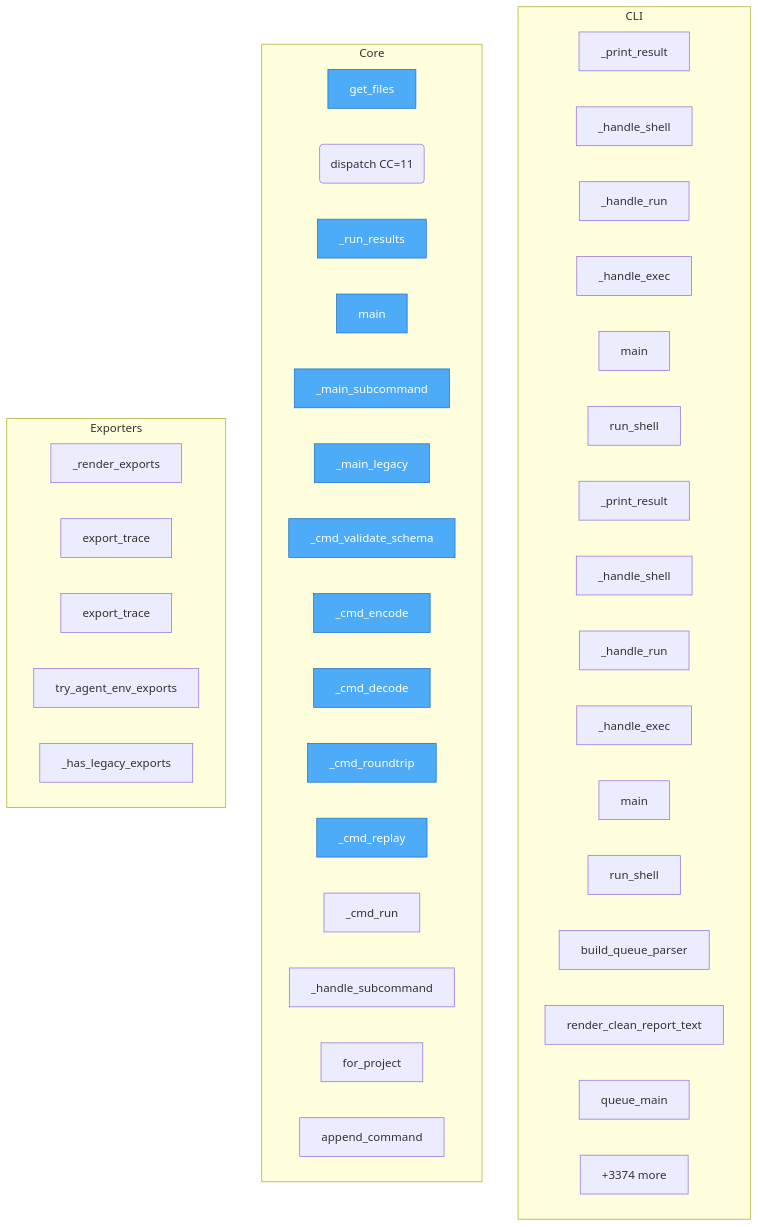
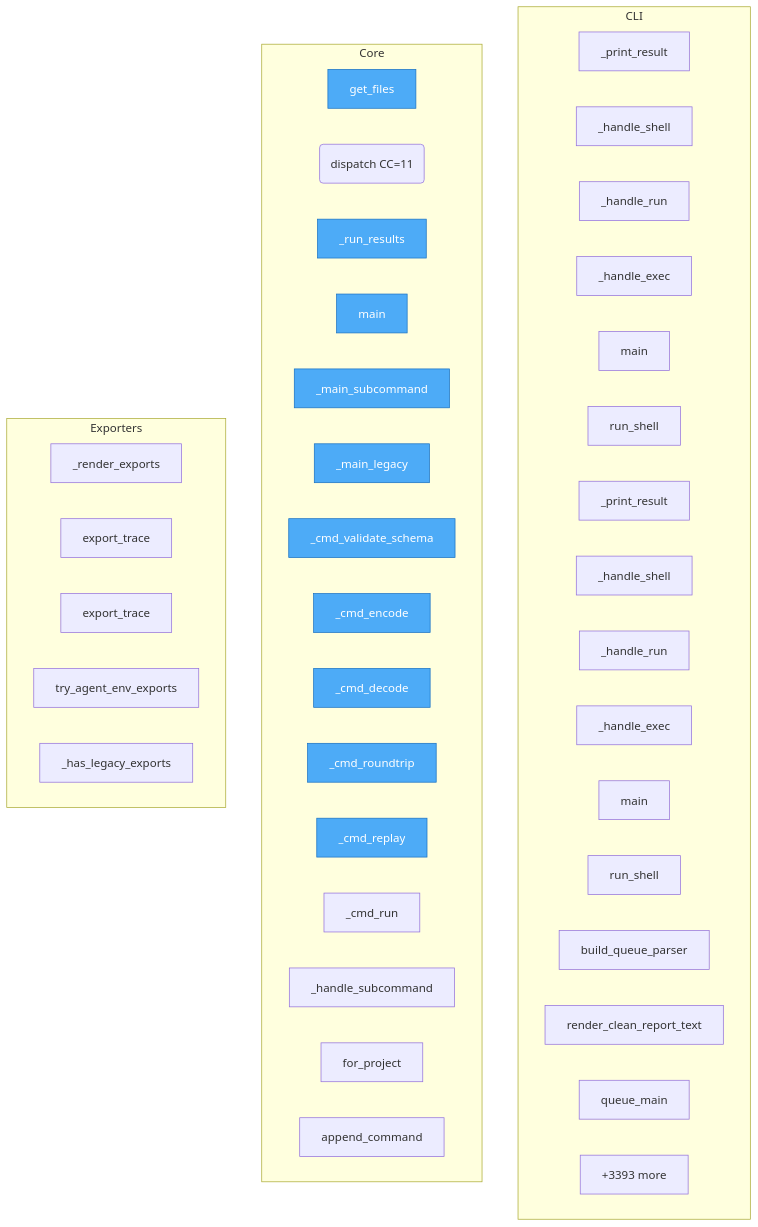
The diagram in project/flow.mmd (semcod/koru), drawn with Mermaid before and after one commit. The commit also changed 46 other files, not shown here.

```diff
--- a/project/flow.mmd
+++ b/project/flow.mmd
@@ -1,53 +1,53 @@
 flowchart TD
-%% generated in 1.52s
+%% generated in 1.85s
 
     %% Entry points (blue)
     classDef entry fill:#4dabf7,stroke:#1971c2,color:#fff
 
     subgraph CLI
         packages__cli2koru__src__cli2koru__cli___print_result["_print_result"]
         packages__cli2koru__src__cli2koru__cli___handle_shell["_handle_shell"]
         packages__cli2koru__src__cli2koru__cli___handle_run["_handle_run"]
         packages__cli2koru__src__cli2koru__cli___handle_exec["_handle_exec"]
         packages__cli2koru__src__cli2koru__cli__main["main"]
         packages__cli2koru__src__cli2koru__shell__run_shell["run_shell"]
         packages__cli2coru__src__cli2coru__cli___print_result["_print_result"]
         packages__cli2coru__src__cli2coru__cli___handle_shell["_handle_shell"]
         packages__cli2coru__src__cli2coru__cli___handle_run["_handle_run"]
         packages__cli2coru__src__cli2coru__cli___handle_exec["_handle_exec"]
         packages__cli2coru__src__cli2coru__cli__main["main"]
         packages__cli2coru__src__cli2coru__shell__run_shell["run_shell"]
         koru__cli_queue__build_queue_parser["build_queue_parser"]
         koru__cli_queue__render_clean_report_text["render_clean_report_text"]
         koru__cli_queue__queue_main["queue_main"]
         ...["+4 more"]
     end
 
     subgraph Core
         check_dups__get_files["get_files"]
         packages__dsl2koru__src__dsl2koru__bus__dispatch("dispatch CC=11")
         packages__dsl2koru__src__dsl2koru__cli___run_results["_run_results"]
         packages__dsl2koru__src__dsl2koru__cli__main["main"]
         packages__dsl2koru__src__dsl2koru__cli___main_subcommand["_main_subcommand"]
         packages__dsl2koru__src__dsl2koru__cli___main_legacy["_main_legacy"]
         packages__dsl2koru__src__dsl2koru__cli___cmd_validate_schema["_cmd_validate_schema"]
         packages__dsl2koru__src__dsl2koru__cli___cmd_encode["_cmd_encode"]
         packages__dsl2koru__src__dsl2koru__cli___cmd_decode["_cmd_decode"]
         packages__dsl2koru__src__dsl2koru__cli___cmd_roundtrip["_cmd_roundtrip"]
         packages__dsl2koru__src__dsl2koru__cli___cmd_replay["_cmd_replay"]
         packages__dsl2koru__src__dsl2koru__cli___cmd_run["_cmd_run"]
         packages__dsl2koru__src__dsl2koru__cli___handle_subcommand["_handle_subcommand"]
         packages__dsl2koru__src__dsl2koru__events__EventStore__for_project["for_project"]
         packages__dsl2koru__src__dsl2koru__events__EventStore__append_command["append_command"]
-        ...["+3374 more"]
+        ...["+3393 more"]
     end
 
     subgraph Exporters
         packages__koruenv__src__koruenv__cli___render_exports["_render_exports"]
         packages__nlpshim__src__nlpshim__conversation_client__ConversationTestClient__export_trace["export_trace"]
         packages__nlpshim__src__nlpshim__conversation_test_api__export_trace["export_trace"]
         src__koru__agent_cli_helpers__try_agent_env_exports["try_agent_env_exports"]
         src__koru__cli___has_legacy_exports["_has_legacy_exports"]
     end
 
     class check_dups__get_files,packages__dsl2koru__src__dsl2koru__cli___run_results,packages__dsl2koru__src__dsl2koru__cli__main,packages__dsl2koru__src__dsl2koru__cli___main_subcommand,packages__dsl2koru__src__dsl2koru__cli___main_legacy,packages__dsl2koru__src__dsl2koru__cli___cmd_validate_schema,packages__dsl2koru__src__dsl2koru__cli___cmd_encode,packages__dsl2koru__src__dsl2koru__cli___cmd_decode,packages__dsl2koru__src__dsl2koru__cli___cmd_roundtrip,packages__dsl2koru__src__dsl2koru__cli___cmd_replay entry
```
